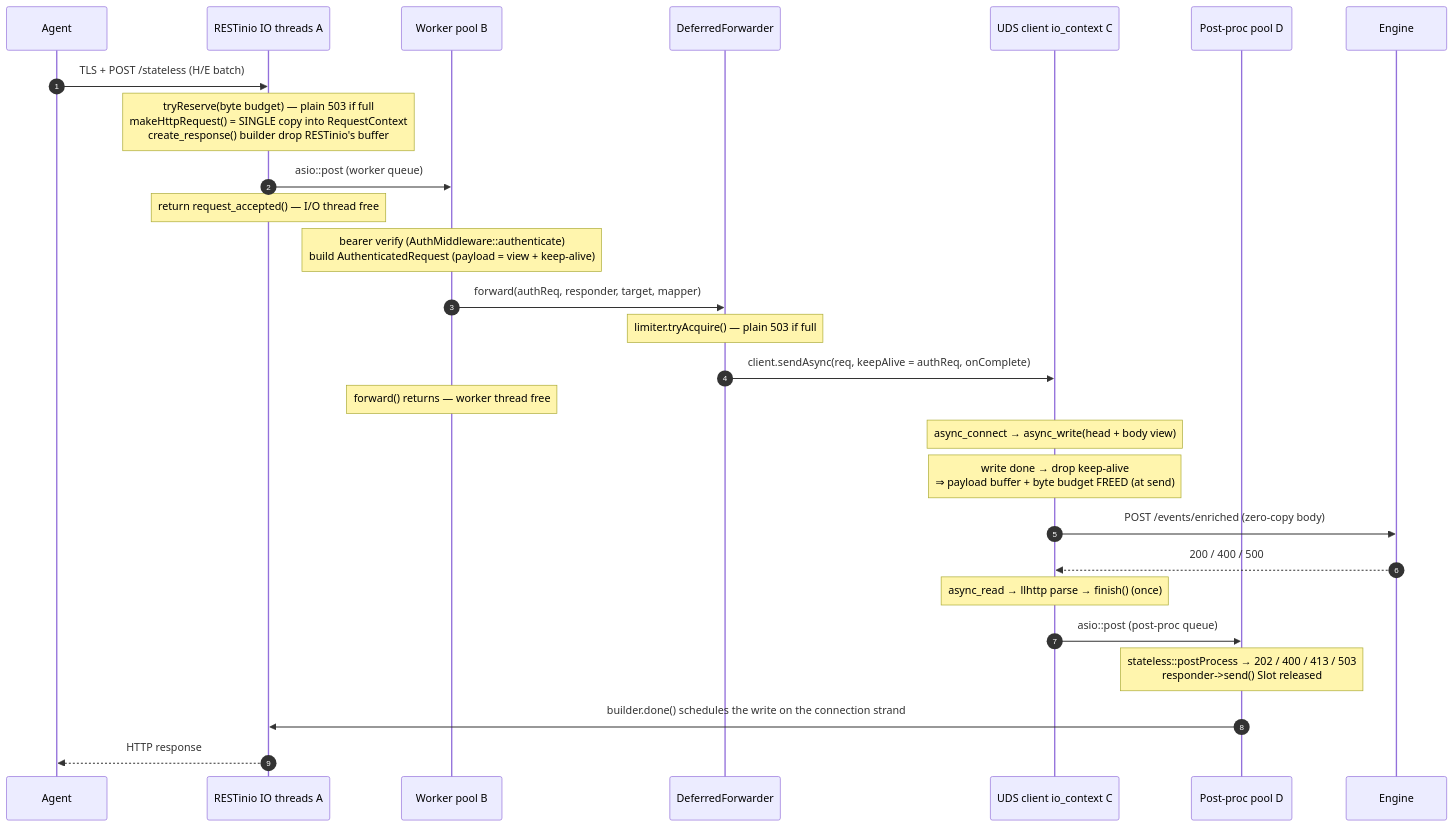
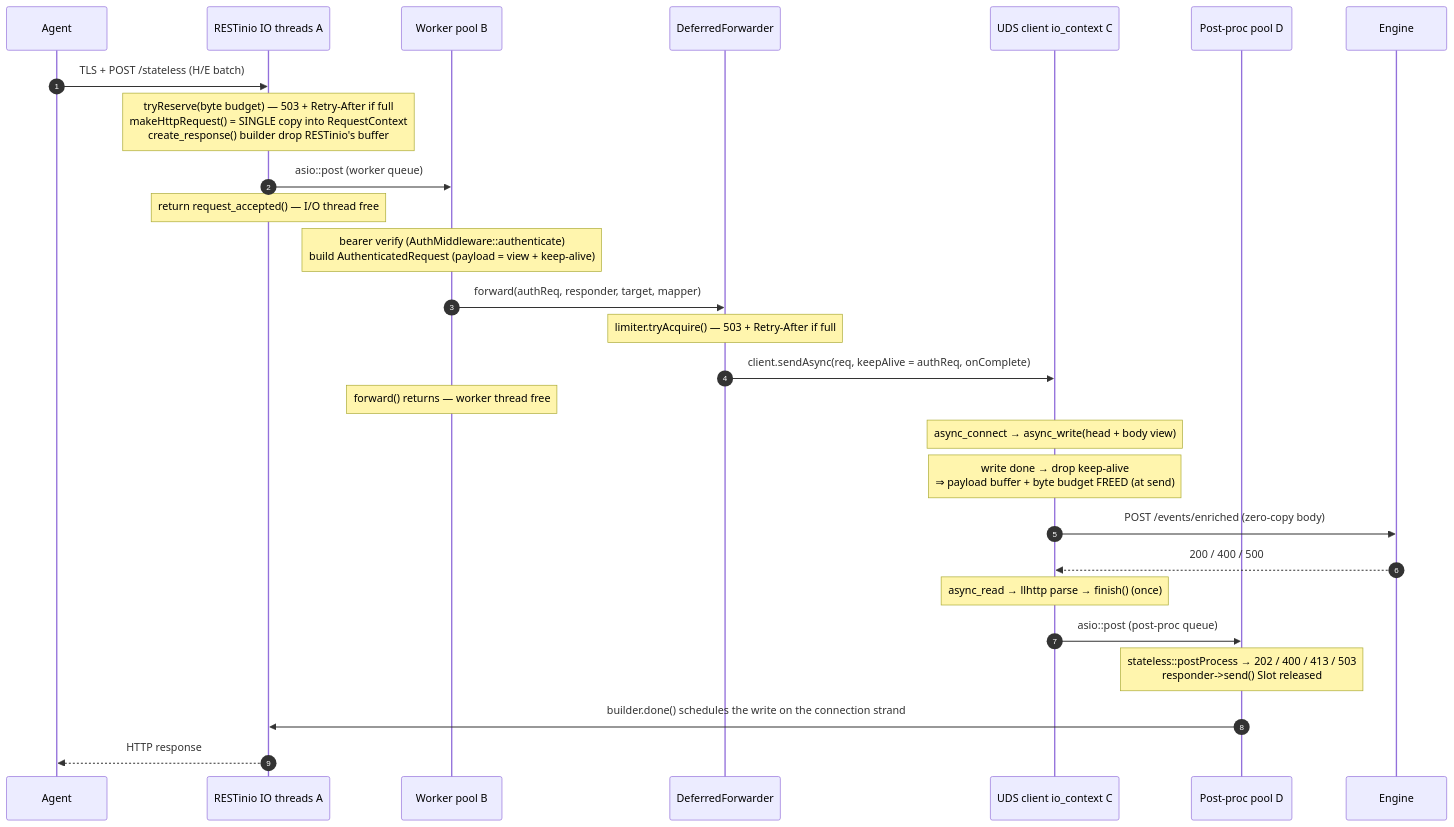
The fourth of 5 diagrams in src/remoted/remoted_module/README.md (wazuh/wazuh), drawn with Mermaid before and after one commit. The commit also changed other lines of this file and 15 other files, not shown here.

````diff
--- a/src/remoted/remoted_module/README.md
+++ b/src/remoted/remoted_module/README.md
@@ -1584,30 +1584,30 @@
 ```mermaid
 sequenceDiagram
     autonumber
     participant Ag as Agent
     participant A as RESTinio IO threads A
     participant B as Worker pool B
     participant F as DeferredForwarder
     participant C as UDS client io_context C
     participant D as Post-proc pool D
     participant E as Engine
 
     Ag->>A: TLS + POST /stateless (H/E batch)
-    Note over A: tryReserve(byte budget) — plain 503 if full<br/>makeHttpRequest() = SINGLE copy into RequestContext<br/>create_response() builder drop RESTinio's buffer
+    Note over A: tryReserve(byte budget) — 503 + Retry-After if full<br/>makeHttpRequest() = SINGLE copy into RequestContext<br/>create_response() builder drop RESTinio's buffer
     A->>B: asio::post (worker queue)
     Note over A: return request_accepted() — I/O thread free
     Note over B: bearer verify (AuthMiddleware::authenticate)<br/>build AuthenticatedRequest (payload = view + keep-alive)
     B->>F: forward(authReq, responder, target, mapper)
-    Note over F: limiter.tryAcquire() — plain 503 if full
+    Note over F: limiter.tryAcquire() — 503 + Retry-After if full
     F->>C: client.sendAsync(req, keepAlive = authReq, onComplete)
     Note over B: forward() returns — worker thread free
     Note over C: async_connect → async_write(head + body view)
     Note over C: write done → drop keep-alive<br/>⇒ payload buffer + byte budget FREED (at send)
     C->>E: POST /events/enriched (zero-copy body)
     E-->>C: 200 / 400 / 500
     Note over C: async_read → llhttp parse → finish() (once)
     C->>D: asio::post (post-proc queue)
     Note over D: stateless::postProcess → 202 / 400 / 413 / 503<br/>responder->send() Slot released
     D->>A: builder.done() schedules the write on the connection strand
     A-->>Ag: HTTP response
 ```
````
